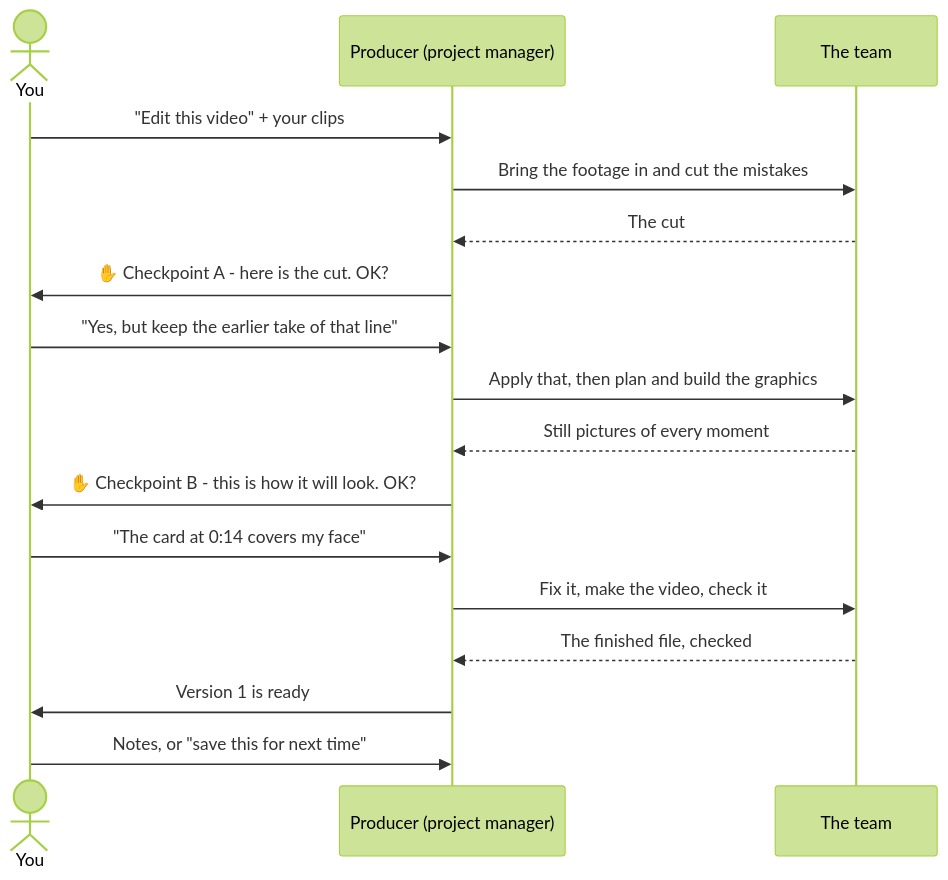
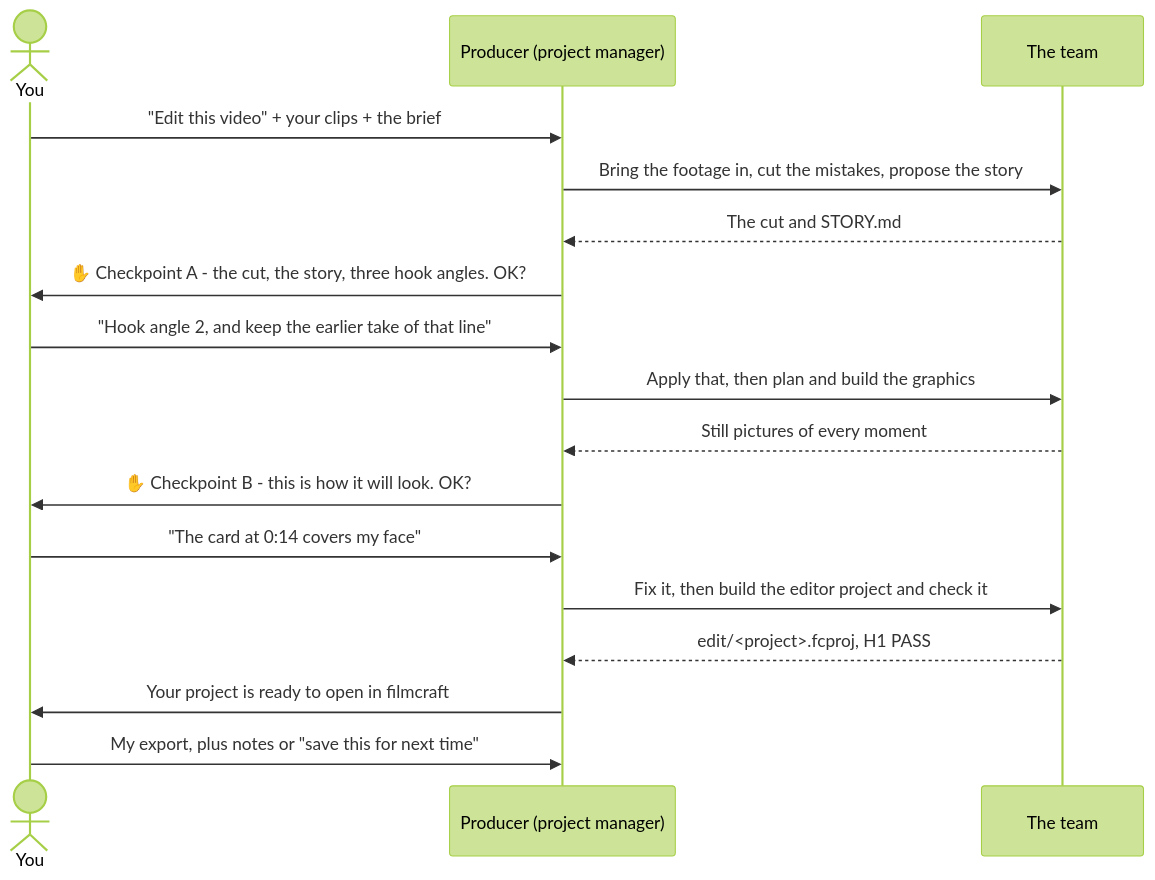
Before and after one commit to harshilsaini26/Video-Workflow: the fourth of 10 diagrams in Editing-Workflow/README.md, drawn with Mermaid (forest theme). The commit also changed other lines of this file, not shown here.

First line of the commit message:
Editing-Workflow README: the hand-off as the end, where you decide, the explainer as it is now

````diff
--- a/Editing-Workflow/README.md
+++ b/Editing-Workflow/README.md
@@ -201,20 +229,19 @@
 ```mermaid
 sequenceDiagram
     actor You
     participant P as Producer (project manager)
     participant T as The team
-    You->>P: "Edit this video" + your clips
-    P->>T: Bring the footage in and cut the mistakes
-    T-->>P: The cut
-    P->>You: ✋ Checkpoint A - here is the cut. OK?
-    You->>P: "Yes, but keep the earlier take of that line"
+    You->>P: "Edit this video" + your clips + the brief
+    P->>T: Bring the footage in, cut the mistakes, propose the story
+    T-->>P: The cut and STORY.md
+    P->>You: ✋ Checkpoint A - the cut, the story, three hook angles. OK?
+    You->>P: "Hook angle 2, and keep the earlier take of that line"
     P->>T: Apply that, then plan and build the graphics
     T-->>P: Still pictures of every moment
     P->>You: ✋ Checkpoint B - this is how it will look. OK?
     You->>P: "The card at 0:14 covers my face"
-    P->>T: Fix it, make the video, check it
-    T-->>P: The finished file, checked
-    P->>You: Version 1 is ready
-    You->>P: Notes, or "save this for next time"
-
+    P->>T: Fix it, then build the editor project and check it
+    T-->>P: edit/<project>.fcproj, H1 PASS
+    P->>You: Your project is ready to open in filmcraft
+    You->>P: My export, plus notes or "save this for next time"
 ```
````
